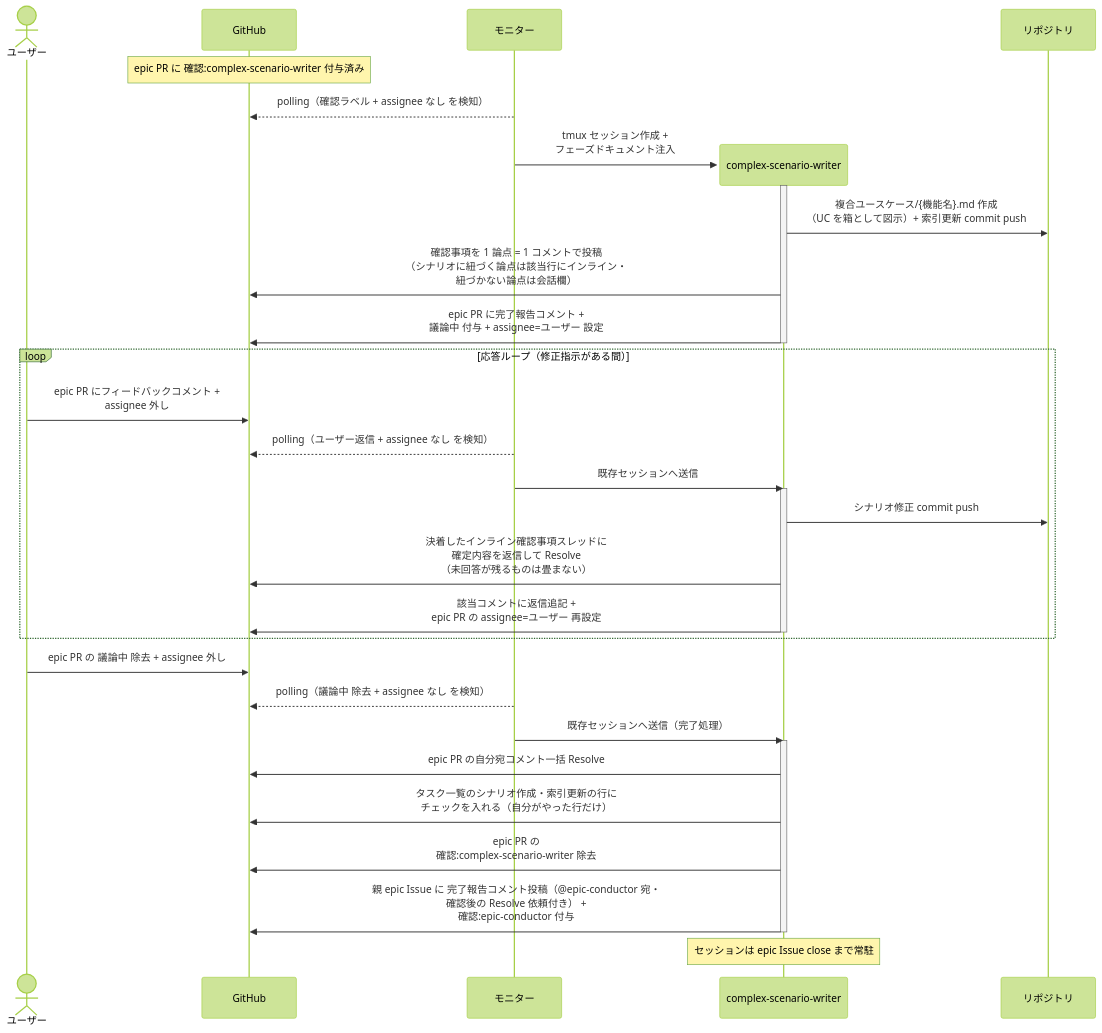
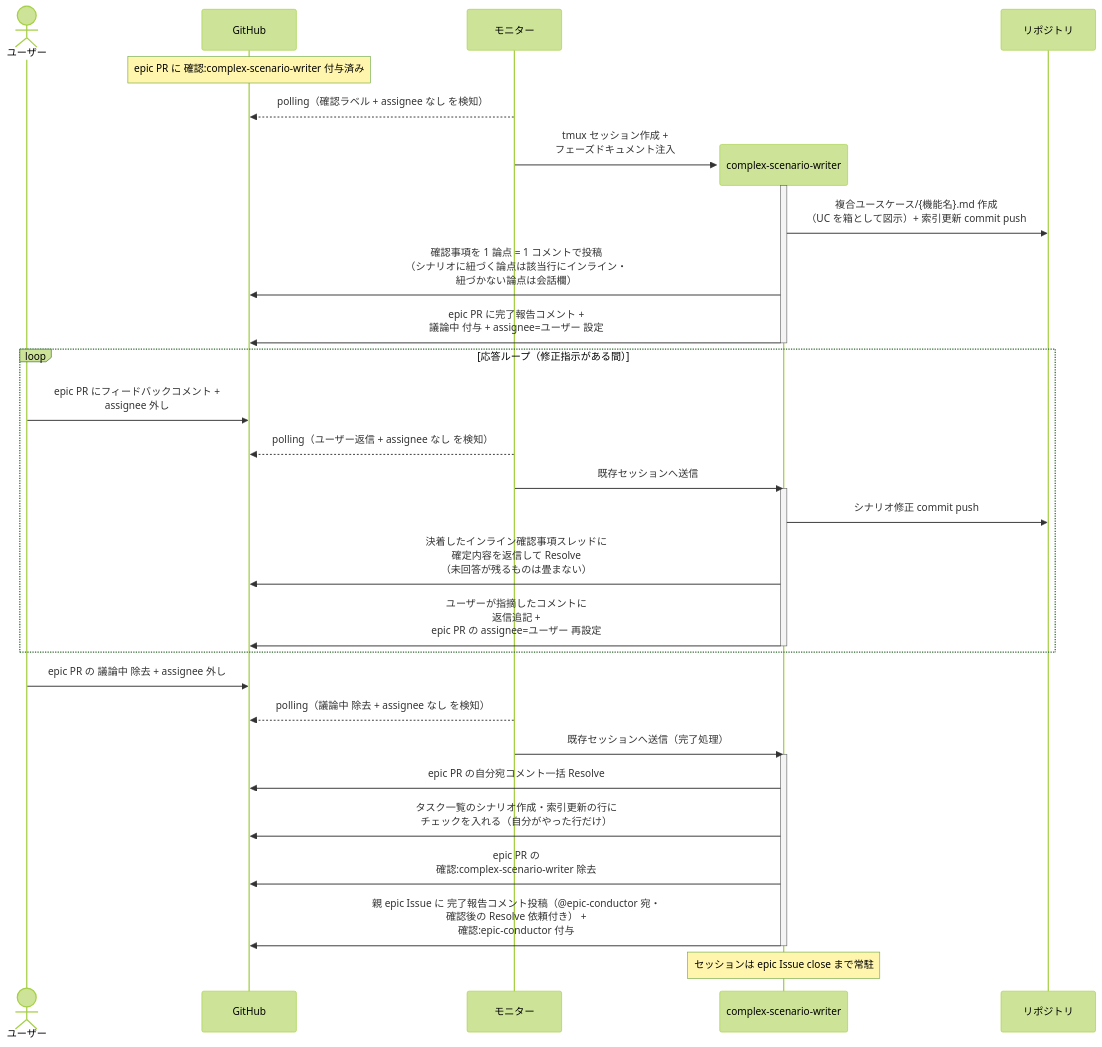
The first of 3 diagrams in docs/wiki/設計図/シナリオ/単一ユースケース/複合シナリオ設計.md (shuhei1101/ai-monitor), drawn with Mermaid (forest theme) before and after one commit. The commit also changed other lines of this file and 7 other files, not shown here.

````diff
--- a/docs/wiki/設計図/シナリオ/単一ユースケース/複合シナリオ設計.md
+++ b/docs/wiki/設計図/シナリオ/単一ユースケース/複合シナリオ設計.md
@@ -27,39 +27,39 @@
 ```mermaid
 sequenceDiagram
   actor U as ユーザー
   participant GH as GitHub
   participant ORC as モニター
 
   Note over GH: epic PR に 確認:complex-scenario-writer 付与済み
   ORC-->>GH: polling（確認ラベル + assignee なし を検知）
   create participant MON as complex-scenario-writer
   ORC->>MON: tmux セッション作成 +<br>フェーズドキュメント注入
   participant REPO as リポジトリ
   activate MON
   MON->>REPO: 複合ユースケース/{機能名}.md 作成<br>（UC を箱として図示）+ 索引更新 commit push
   MON->>GH: 確認事項を 1 論点 = 1 コメントで投稿<br>（シナリオに紐づく論点は該当行にインライン・<br>紐づかない論点は会話欄）
   MON->>GH: epic PR に完了報告コメント +<br>議論中 付与 + assignee=ユーザー 設定
   deactivate MON
 
   loop 応答ループ（修正指示がある間）
     U->>GH: epic PR にフィードバックコメント +<br>assignee 外し
     ORC-->>GH: polling（ユーザー返信 + assignee なし を検知）
     ORC->>MON: 既存セッションへ送信
     activate MON
     MON->>REPO: シナリオ修正 commit push
     MON->>GH: 決着したインライン確認事項スレッドに<br>確定内容を返信して Resolve<br>（未回答が残るものは畳まない）
-    MON->>GH: 該当コメントに返信追記 +<br>epic PR の assignee=ユーザー 再設定
+    MON->>GH: ユーザーが指摘したコメントに<br>返信追記 +<br>epic PR の assignee=ユーザー 再設定
     deactivate MON
   end
 
   U->>GH: epic PR の 議論中 除去 + assignee 外し
   ORC-->>GH: polling（議論中 除去 + assignee なし を検知）
   ORC->>MON: 既存セッションへ送信（完了処理）
   activate MON
   MON->>GH: epic PR の自分宛コメント一括 Resolve
   MON->>GH: タスク一覧のシナリオ作成・索引更新の行に<br>チェックを入れる（自分がやった行だけ）
   MON->>GH: epic PR の<br>確認:complex-scenario-writer 除去
   MON->>GH: 親 epic Issue に 完了報告コメント投稿（@epic-conductor 宛・<br>確認後の Resolve 依頼付き） +<br>確認:epic-conductor 付与
   deactivate MON
   Note over MON: セッションは epic Issue close まで常駐
 ```
````
